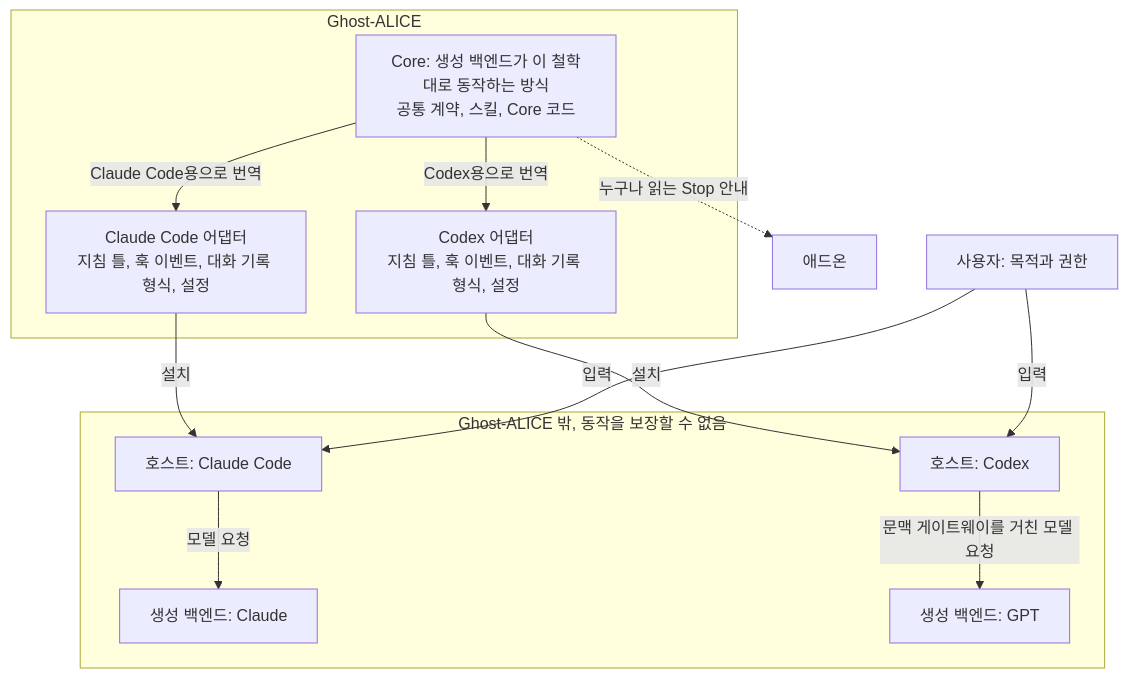
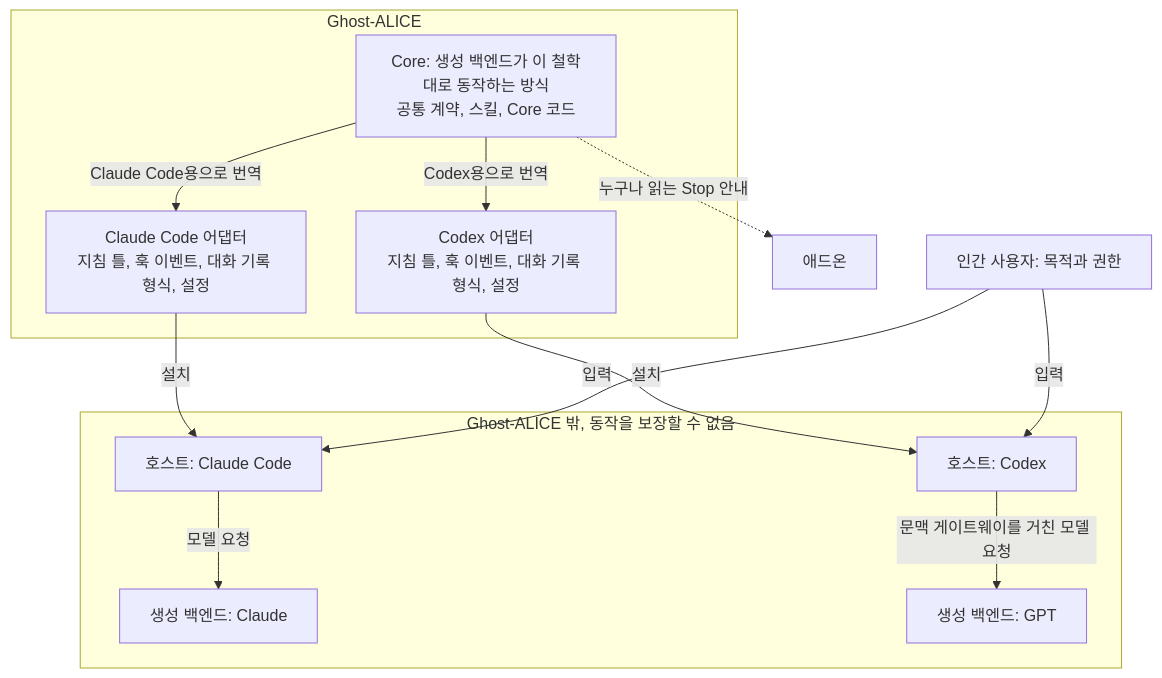
Before and after one commit to AidALL/ghost-alice: the first of 7 diagrams in architecture_ko.md, drawn with Mermaid. The commit also changed other lines of this file and 221 other files, not shown here.

````diff
--- a/architecture_ko.md
+++ b/architecture_ko.md
@@ -9,25 +9,25 @@
 ```mermaid
 flowchart TB
   subgraph GA["Ghost-ALICE"]
     C["Core: 생성 백엔드가 이 철학대로 동작하는 방식<br/>공통 계약, 스킬, Core 코드"]
     AC["Claude Code 어댑터<br/>지침 틀, 훅 이벤트, 대화 기록 형식, 설정"]
     AX["Codex 어댑터<br/>지침 틀, 훅 이벤트, 대화 기록 형식, 설정"]
   end
   subgraph OUT["Ghost-ALICE 밖, 동작을 보장할 수 없음"]
     HC["호스트: Claude Code"]
     HX["호스트: Codex"]
     BC["생성 백엔드: Claude"]
     BX["생성 백엔드: GPT"]
   end
-  U["사용자: 목적과 권한"]
+  U["인간 사용자: 목적과 권한"]
   AD["애드온"]
   C -->|Claude Code용으로 번역| AC
   C -->|Codex용으로 번역| AX
   AC -->|설치| HC
   AX -->|설치| HX
   HC -->|모델 요청| BC
   HX -->|문맥 게이트웨이를 거친 모델 요청| BX
   U -->|입력| HC
   U -->|입력| HX
   C -.->|누구나 읽는 Stop 안내| AD
 ```
````
